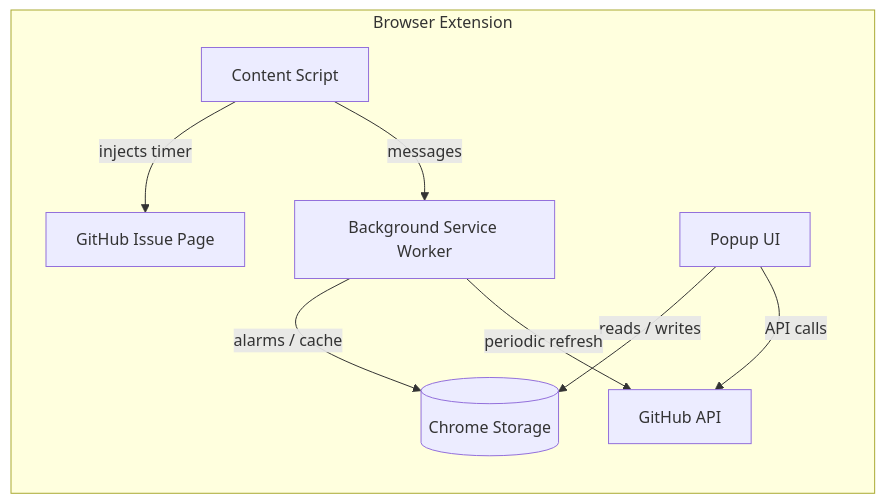
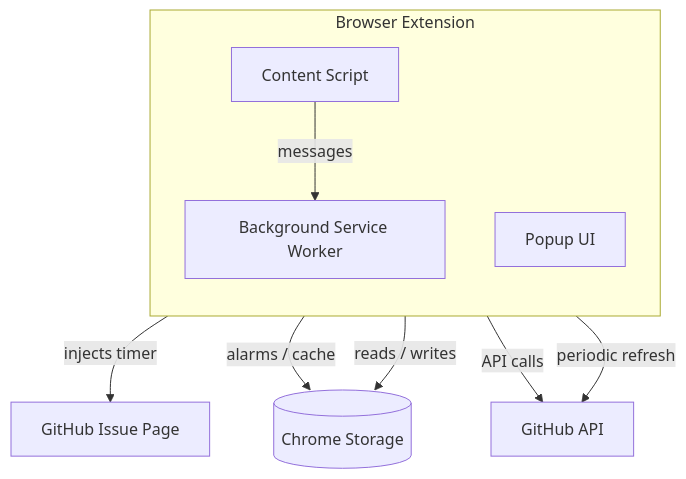
One commit to zestones/github-timetracker-extension changed the diagram in README.md. Above: the diagram before and after it, drawn with Mermaid. The commit also changed other lines of this file and 5 other files, not shown here.

````diff
--- a/README.md
+++ b/README.md
@@ -58,11 +83,20 @@
 ```mermaid
-graph LR
-    subgraph Browser Extension
-        CS[Content Script] -->|injects timer| GH[GitHub Issue Page]
-        CS -->|messages| BG[Background Service Worker]
-        BG -->|alarms / cache| ST[(Chrome Storage)]
-        PO[Popup UI] -->|reads / writes| ST
-        PO -->|API calls| API[GitHub API]
-        BG -->|periodic refresh| API
+graph TD
+    subgraph ext [Browser Extension]
+        direction TB
+        CS[Content Script]
+        BG[Background Service Worker]
+        PO[Popup UI]
     end
+
+    GH[GitHub Issue Page]
+    ST[(Chrome Storage)]
+    API[GitHub API]
+
+    CS -- injects timer --> GH
+    CS -- messages --> BG
+    BG -- alarms / cache --> ST
+    PO -- reads / writes --> ST
+    PO -- API calls --> API
+    BG -- periodic refresh --> API
 ```
````
